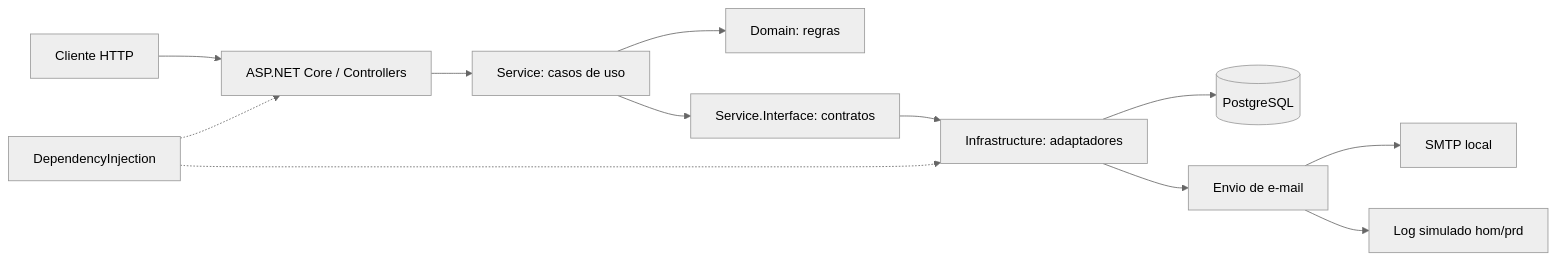
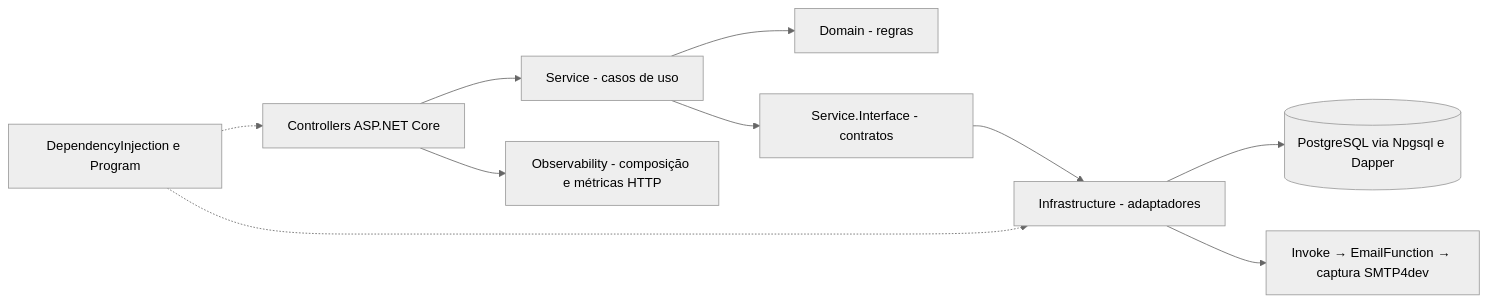
The diagram in README.md (pknfelps/GerenciamentoMecanicaSistema), drawn with Mermaid (neutral theme) before and after one commit. The commit also changed other lines of this file and 78 other files, not shown here.

Commit message:
Removida estrutura interna de email + Conectada a Lambda para envio dos emails

````diff
--- a/README.md
+++ b/README.md
@@ -99,14 +19,12 @@
 ```mermaid
 flowchart LR
-    CLIENT["Cliente HTTP"] --> API["ASP.NET Core / Controllers"]
-    API --> SERVICE["Service: casos de uso"]
-    SERVICE --> DOMAIN["Domain: regras"]
-    SERVICE --> PORTS["Service.Interface: contratos"]
-    PORTS --> INFRA["Infrastructure: adaptadores"]
-    INFRA --> PG[("PostgreSQL")]
-    INFRA --> EMAIL["Envio de e-mail"]
-    EMAIL --> SMTP["SMTP local"]
-    EMAIL --> SIM["Log simulado hom/prd"]
-    DI["DependencyInjection"] -.-> API
+    HTTP["Controllers ASP.NET Core"] --> SERVICE["Service - casos de uso"]
+    SERVICE --> DOMAIN["Domain - regras"]
+    SERVICE --> PORTS["Service.Interface - contratos"]
+    PORTS --> INFRA["Infrastructure - adaptadores"]
+    INFRA --> DB[("PostgreSQL via Npgsql e Dapper")]
+    INFRA --> EMAIL["Invoke → EmailFunction → captura SMTP4dev"]
+    DI["DependencyInjection e Program"] -.-> HTTP
     DI -.-> INFRA
+    HTTP --> OTEL["Observability - composição e métricas HTTP"]
 ```
````
